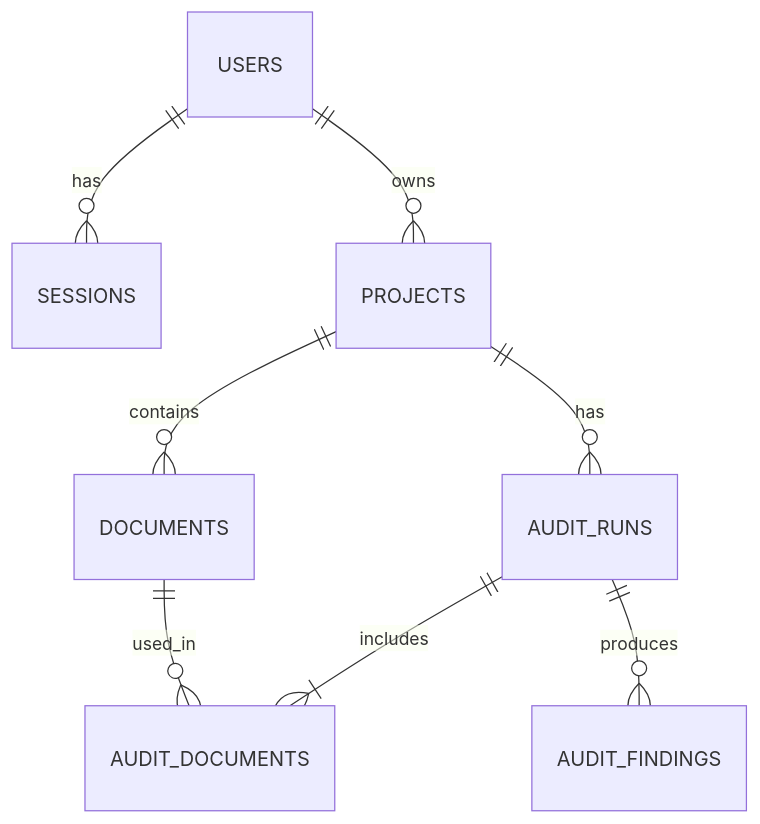
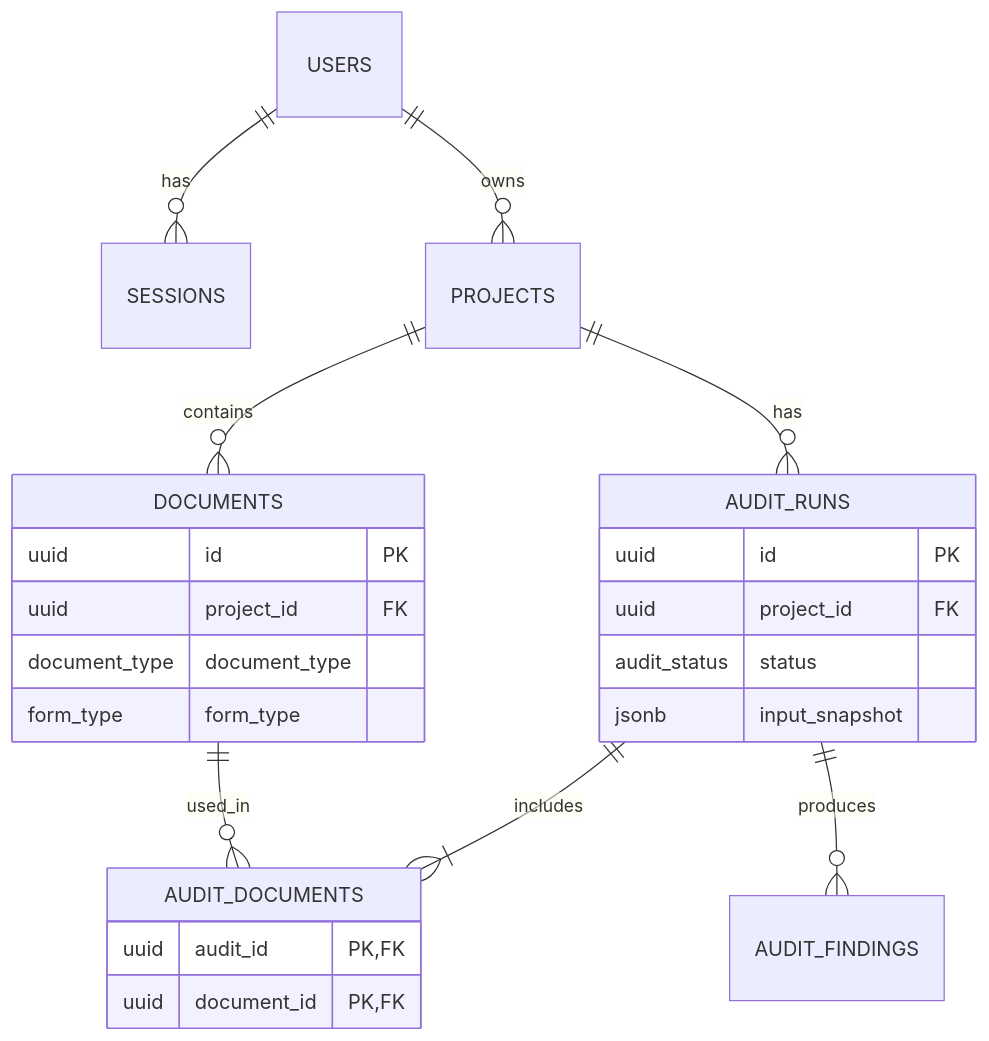
One commit to dlsu-lscs/checkrepublic-api changed the first of 2 diagrams in docs/data-model.md. Above: the diagram before and after it, drawn with Mermaid. The commit also changed other lines of this file, not shown here.

Commit message:
docs(data-model): align schema details and audit flow with document-level classification

````diff
--- a/docs/data-model.md
+++ b/docs/data-model.md
@@ -32,10 +42,27 @@
 ```mermaid
 erDiagram
     USERS ||--o{ SESSIONS : has
     USERS ||--o{ PROJECTS : owns
     PROJECTS ||--o{ DOCUMENTS : contains
     PROJECTS ||--o{ AUDIT_RUNS : has
     AUDIT_RUNS ||--|{ AUDIT_DOCUMENTS : includes
     DOCUMENTS ||--o{ AUDIT_DOCUMENTS : used_in
     AUDIT_RUNS ||--o{ AUDIT_FINDINGS : produces
+
+    DOCUMENTS {
+        uuid id PK
+        uuid project_id FK
+        document_type document_type
+        form_type form_type
+    }
+    AUDIT_RUNS {
+        uuid id PK
+        uuid project_id FK
+        audit_status status
+        jsonb input_snapshot
+    }
+    AUDIT_DOCUMENTS {
+        uuid audit_id PK,FK
+        uuid document_id PK,FK
+    }
 ```
````
